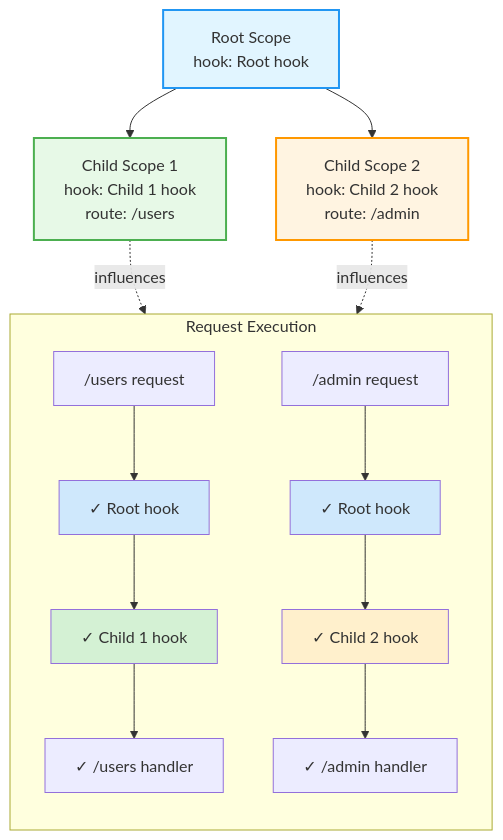
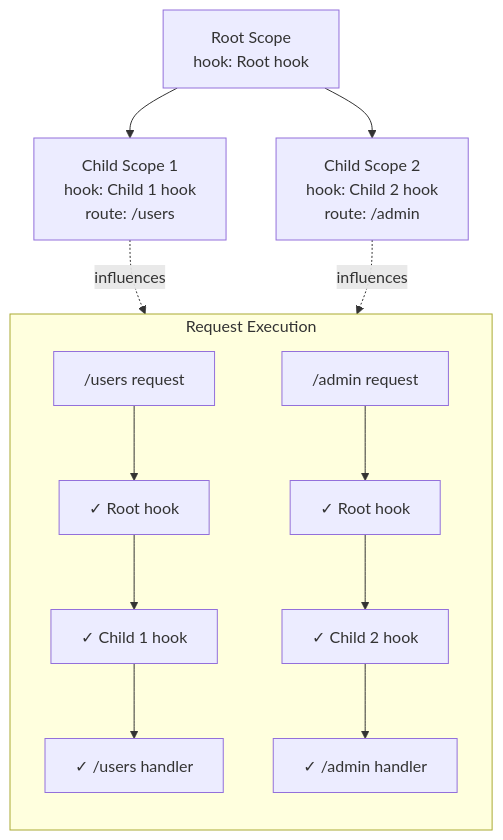
The diagram in docs/core-concepts/diagrams/encapsulation.md (minima-js/minimajs), drawn with Mermaid before and after one commit. The commit also changed 19 other files, not shown here.

````diff
--- a/docs/core-concepts/diagrams/encapsulation.md
+++ b/docs/core-concepts/diagrams/encapsulation.md
@@ -1,23 +1,23 @@
 ```mermaid
 graph TB
     Root[Root Scope<br/>hook: Root hook]
     Root --> Child1[Child Scope 1<br/>hook: Child 1 hook<br/>route: /users]
     Root --> Child2[Child Scope 2<br/>hook: Child 2 hook<br/>route: /admin]
 
     subgraph Execution["Request Execution"]
         direction TB
         U1["/users request"] --> UE1[✓ Root hook] --> UE2[✓ Child 1 hook] --> UE3[✓ /users handler]
         A1["/admin request"] --> AE1[✓ Root hook] --> AE2[✓ Child 2 hook] --> AE3[✓ /admin handler]
     end
 
     Child1 -.->|influences| U1
     Child2 -.->|influences| A1
 
-    style Root fill:#e1f5ff,stroke:#2196f3,stroke-width:2px
-    style Child1 fill:#e7f9e7,stroke:#4caf50,stroke-width:2px
-    style Child2 fill:#fff4e1,stroke:#ff9800,stroke-width:2px
-    style UE1 fill:#cfe8fc
-    style UE2 fill:#d4f1d4
-    style AE1 fill:#cfe8fc
-    style AE2 fill:#fff0cc
+    class Root accent
+    class Child1 info
+    class Child2 warn
+    class U1,A1 neutral
+    class UE1,UE2,UE3,AE1,AE3 success
+    class AE2 warn
+
 ```
````
